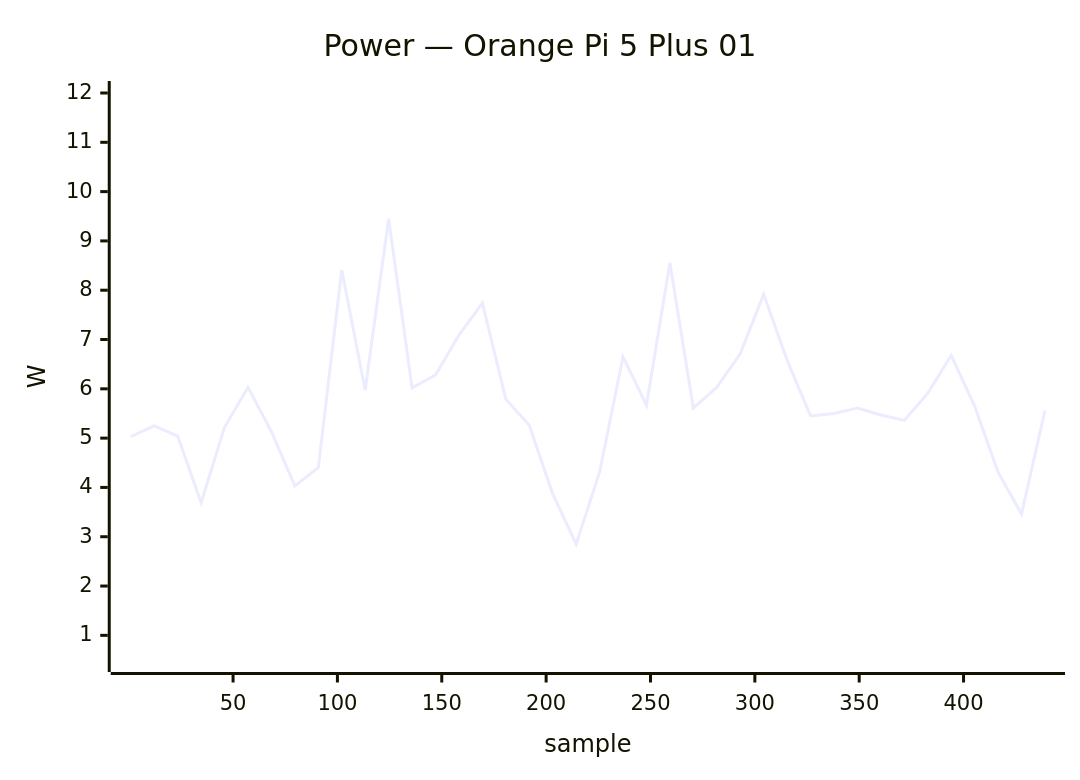
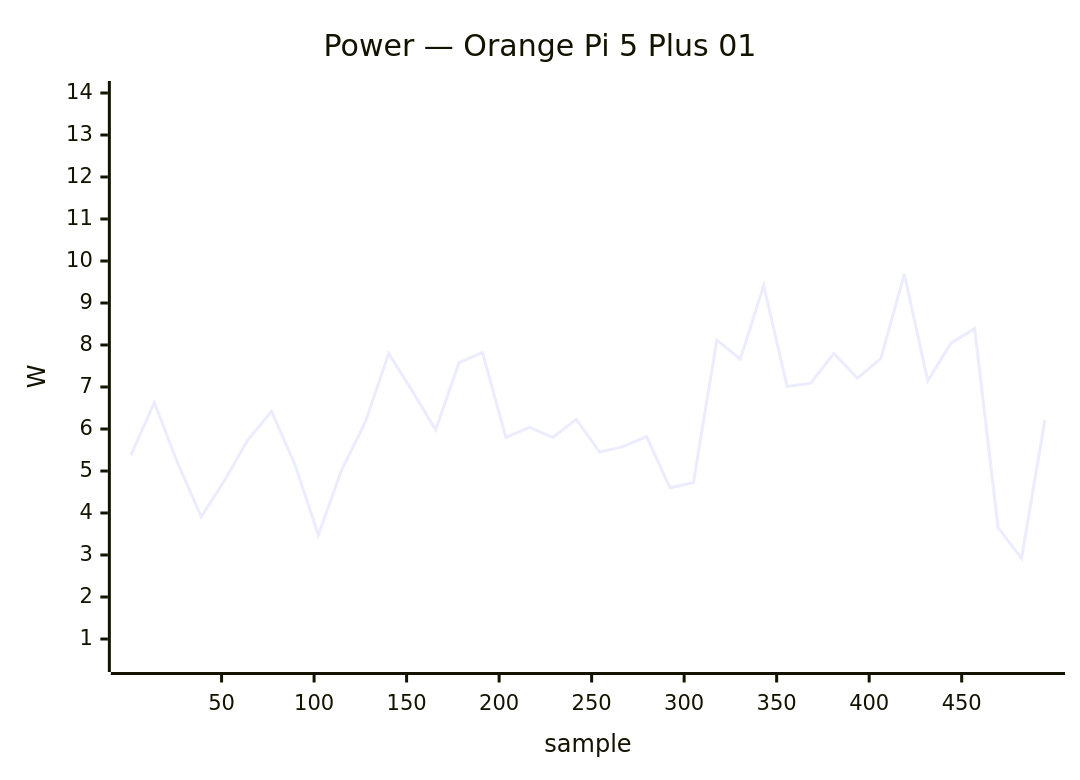
Diagram 14 of 24 in docs/status/board-tests.md (armbian/documentation), drawn with Mermaid before and after one commit. The commit also changed other lines of this file, not shown here.

````diff
--- a/docs/status/board-tests.md
+++ b/docs/status/board-tests.md
@@ -772,7 +772,7 @@
     ```mermaid
     xychart-beta
         title "Power — Orange Pi 5 Plus 01"
-        x-axis "sample" 1 --> 439
-        y-axis "W" 0.5 --> 12.0
-        line [5.03, 5.25, 5.04, 3.69, 5.22, 6.03, 5.13, 4.03, 4.40, 8.41, 5.97, 9.45, 6.02, 6.28, 7.09, 7.74, 5.79, 5.26, 3.87, 2.85, 4.31, 6.65, 5.67, 8.55, 5.61, 6.03, 6.71, 7.92, 6.58, 5.45, 5.50, 5.61, 5.47, 5.36, 5.91, 6.68, 5.65, 4.31, 3.46, 5.56]
+        x-axis "sample" 1 --> 495
+        y-axis "W" 0.5 --> 14.0
+        line [5.38, 6.63, 5.18, 3.91, 4.78, 5.75, 6.42, 5.15, 3.48, 5.04, 6.16, 7.80, 6.91, 5.98, 7.58, 7.82, 5.80, 6.04, 5.80, 6.23, 5.45, 5.58, 5.82, 4.60, 4.72, 8.12, 7.66, 9.42, 7.01, 7.09, 7.80, 7.21, 7.68, 9.69, 7.15, 8.05, 8.39, 3.65, 2.92, 6.22]
     ```
````
